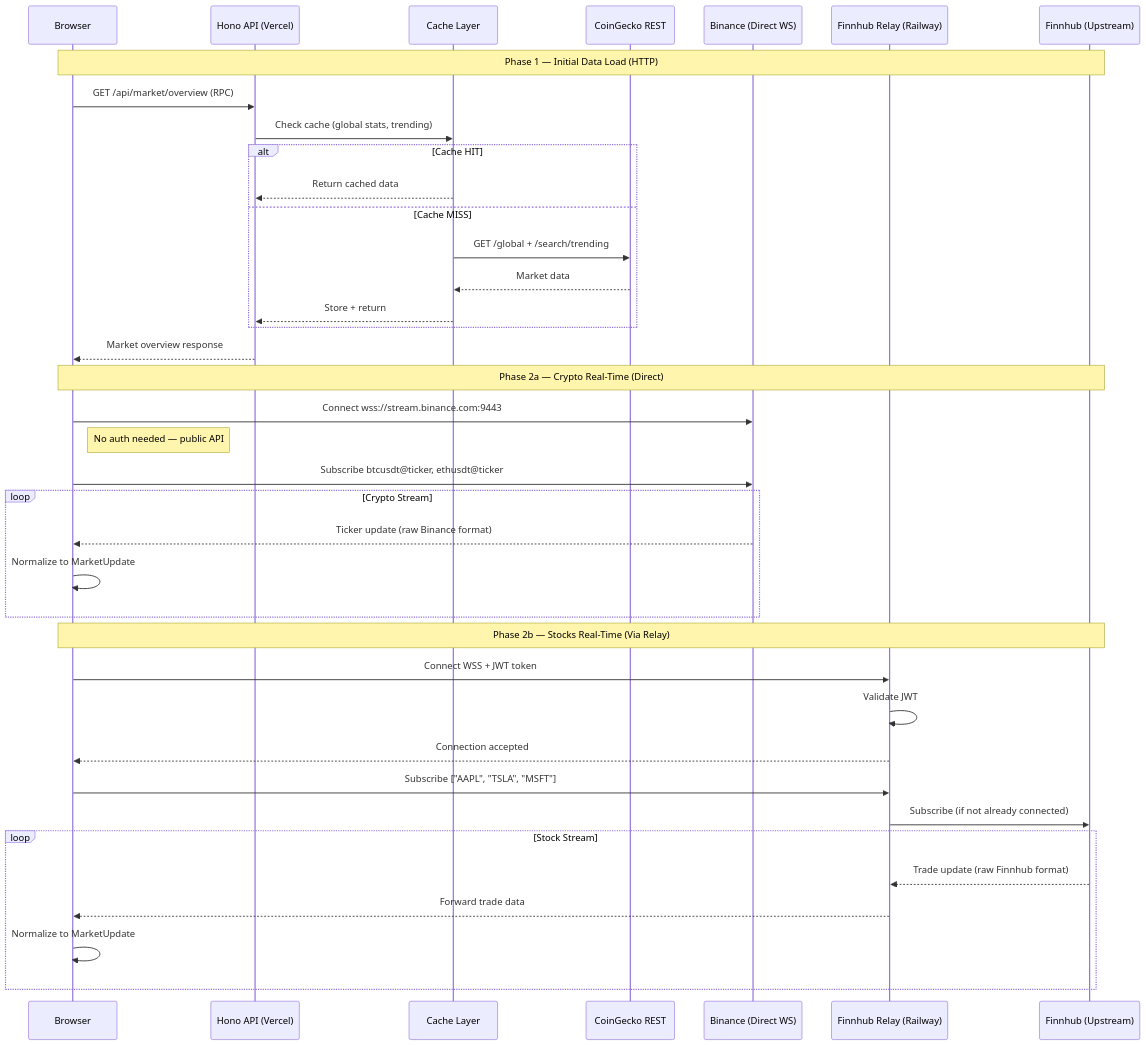
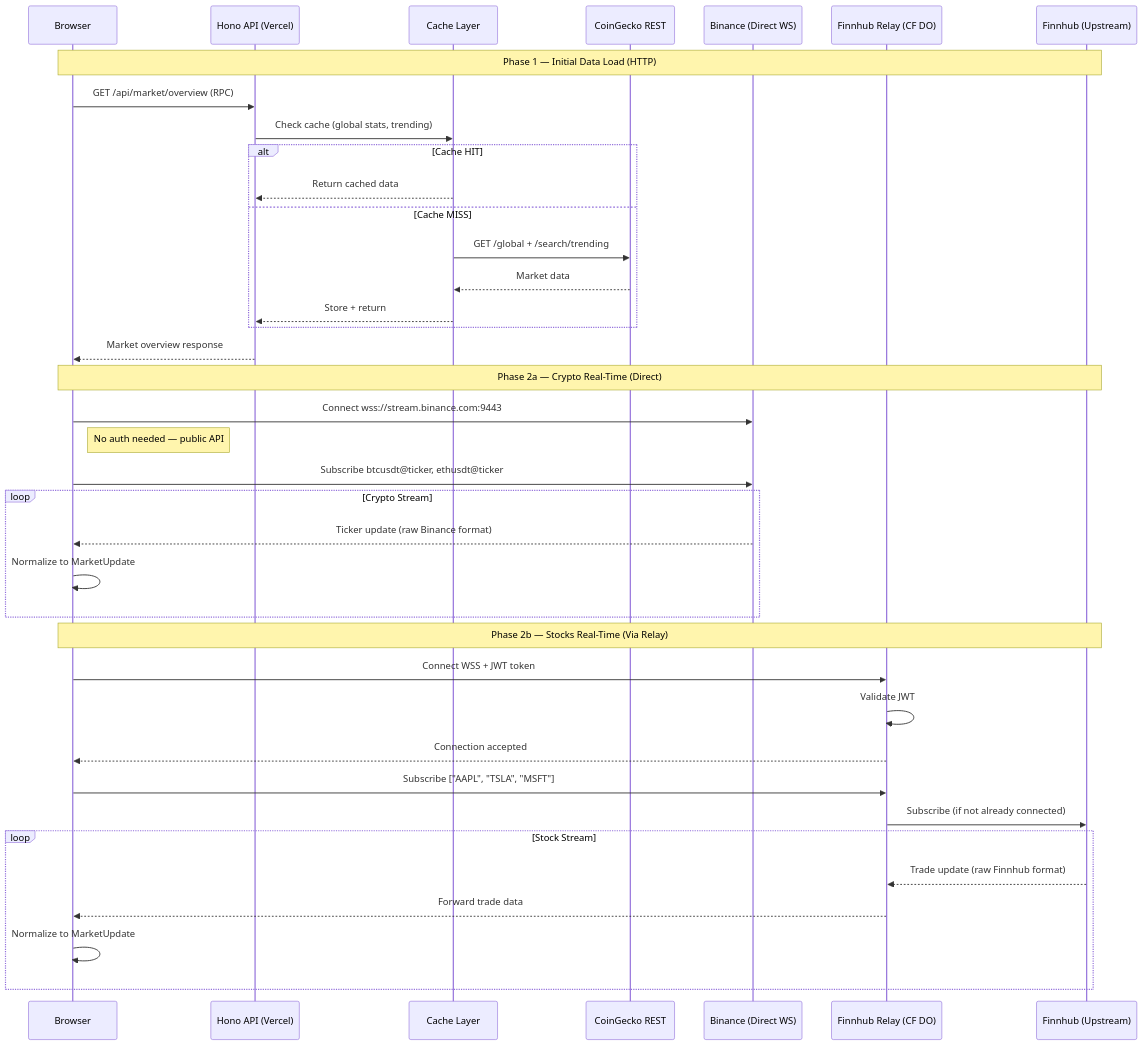
The third of 14 diagrams in docs/adrs/002-system-architecture.md (patrickmvla/owl), drawn with Mermaid before and after one commit. The commit also changed other lines of this file and 1 other file, not shown here.

First line of the commit message:
docs: select Cloudflare Durable Objects for Finnhub relay

````diff
--- a/docs/adrs/002-system-architecture.md
+++ b/docs/adrs/002-system-architecture.md
@@ -152,43 +154,43 @@
 ```mermaid
 sequenceDiagram
     participant B as Browser
     participant H as Hono API (Vercel)
     participant C as Cache Layer
     participant CG as CoinGecko REST
     participant BN as Binance (Direct WS)
-    participant R as Finnhub Relay (Railway)
+    participant R as Finnhub Relay (CF DO)
     participant FH as Finnhub (Upstream)
 
     Note over B,FH: Phase 1 — Initial Data Load (HTTP)
     B->>H: GET /api/market/overview (RPC)
     H->>C: Check cache (global stats, trending)
     alt Cache HIT
         C-->>H: Return cached data
     else Cache MISS
         C->>CG: GET /global + /search/trending
         CG-->>C: Market data
         C-->>H: Store + return
     end
     H-->>B: Market overview response
 
     Note over B,FH: Phase 2a — Crypto Real-Time (Direct)
     B->>BN: Connect wss://stream.binance.com:9443
     Note right of B: No auth needed — public API
     B->>BN: Subscribe btcusdt@ticker, ethusdt@ticker
     loop Crypto Stream
         BN-->>B: Ticker update (raw Binance format)
         B->>B: Normalize to MarketUpdate
     end
 
     Note over B,FH: Phase 2b — Stocks Real-Time (Via Relay)
     B->>R: Connect WSS + JWT token
     R->>R: Validate JWT
     R-->>B: Connection accepted
     B->>R: Subscribe ["AAPL", "TSLA", "MSFT"]
     R->>FH: Subscribe (if not already connected)
     loop Stock Stream
         FH-->>R: Trade update (raw Finnhub format)
         R-->>B: Forward trade data
         B->>B: Normalize to MarketUpdate
     end
 ```
````
